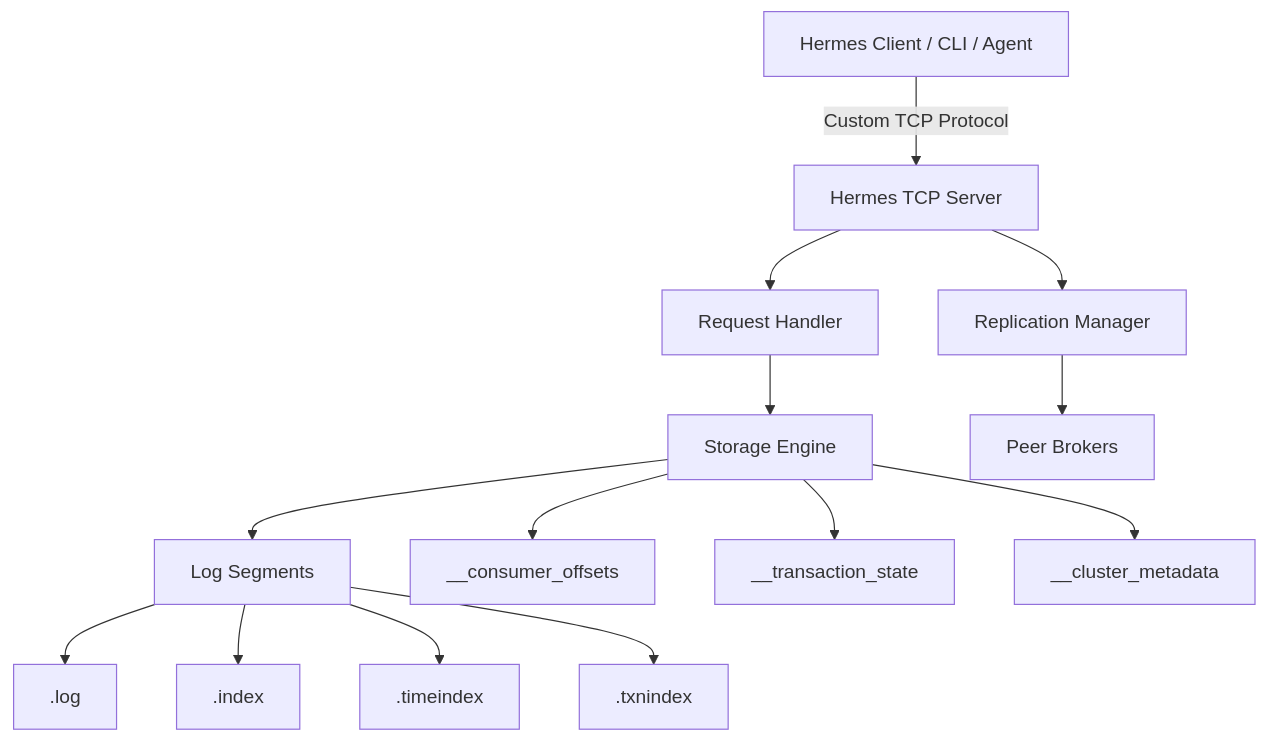
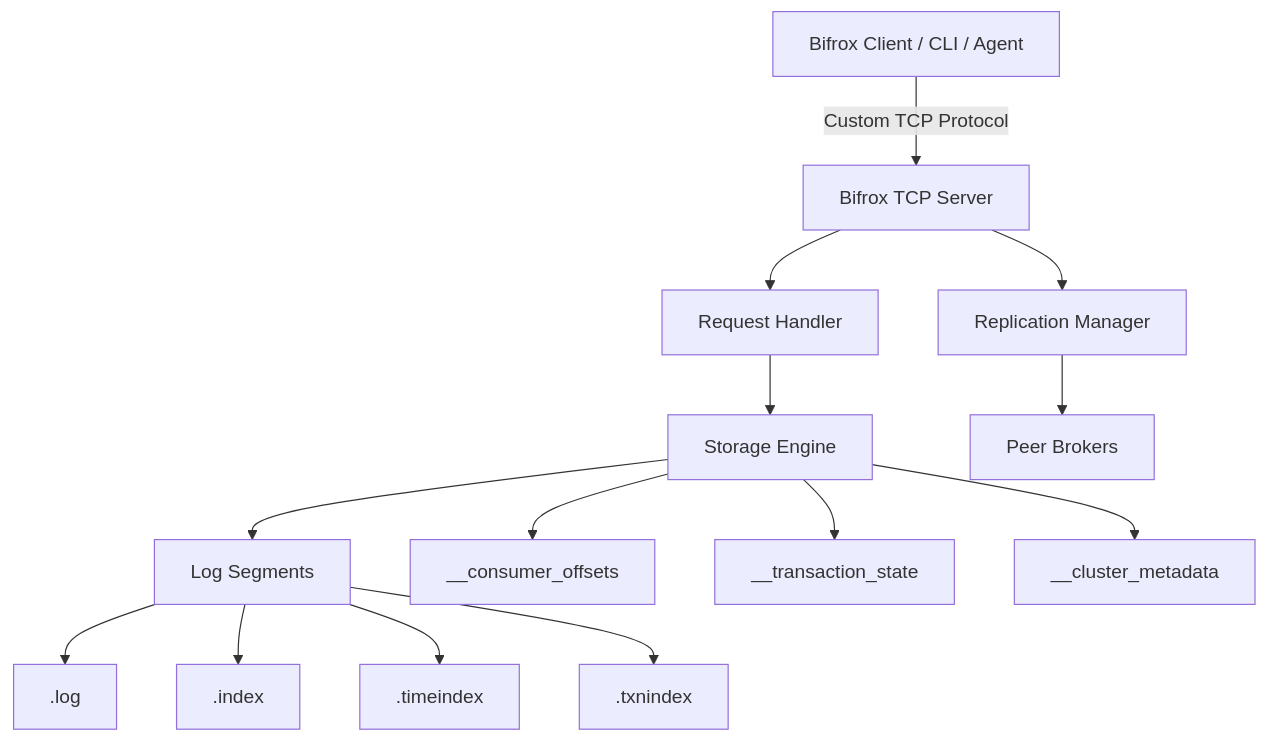
Before and after one commit to TamsavYT/Bifrox: the diagram in README.md, drawn with Mermaid. The commit also changed other lines of this file and 27 other files, not shown here.

````diff
--- a/README.md
+++ b/README.md
@@ -68,16 +68,16 @@
 ```mermaid
 graph TD
-    Client[Hermes Client / CLI / Agent] -->|Custom TCP Protocol| Server[Hermes TCP Server]
+    Client[Bifrox Client / CLI / Agent] -->|Custom TCP Protocol| Server[Bifrox TCP Server]
     Server --> Handler[Request Handler]
     Handler --> Engine[Storage Engine]
     Engine --> Segments[Log Segments]
     Segments --> Log[.log]
     Segments --> Index[.index]
     Segments --> TimeIndex[.timeindex]
     Segments --> TxnIndex[.txnindex]
     Engine --> GroupOffsets[__consumer_offsets]
     Engine --> TxState[__transaction_state]
     Engine --> Metadata[__cluster_metadata]
     Server --> Replication[Replication Manager]
     Replication --> Brokers[Peer Brokers]
 ```
````
